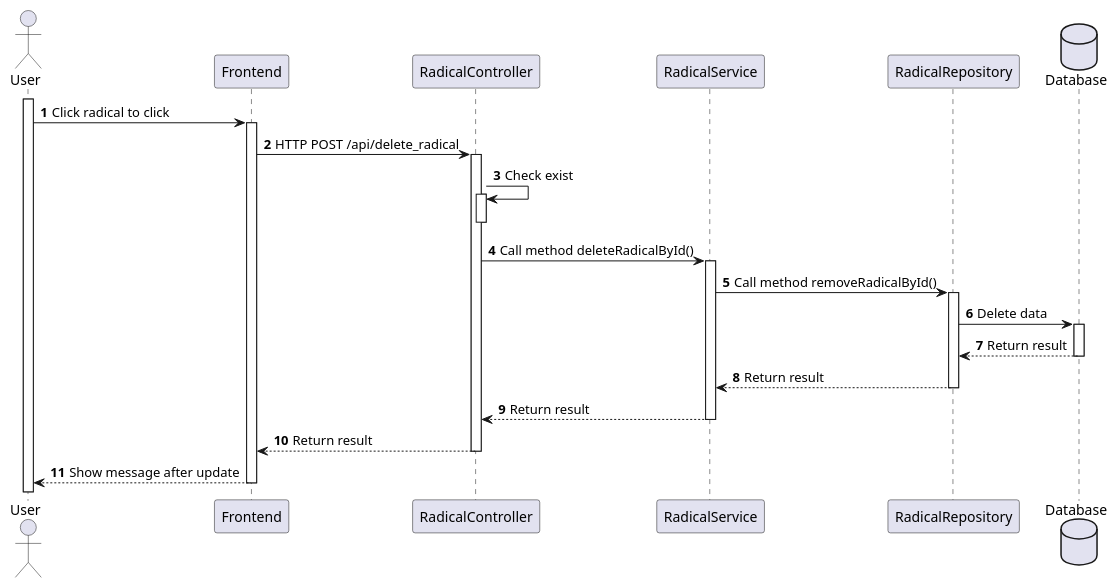
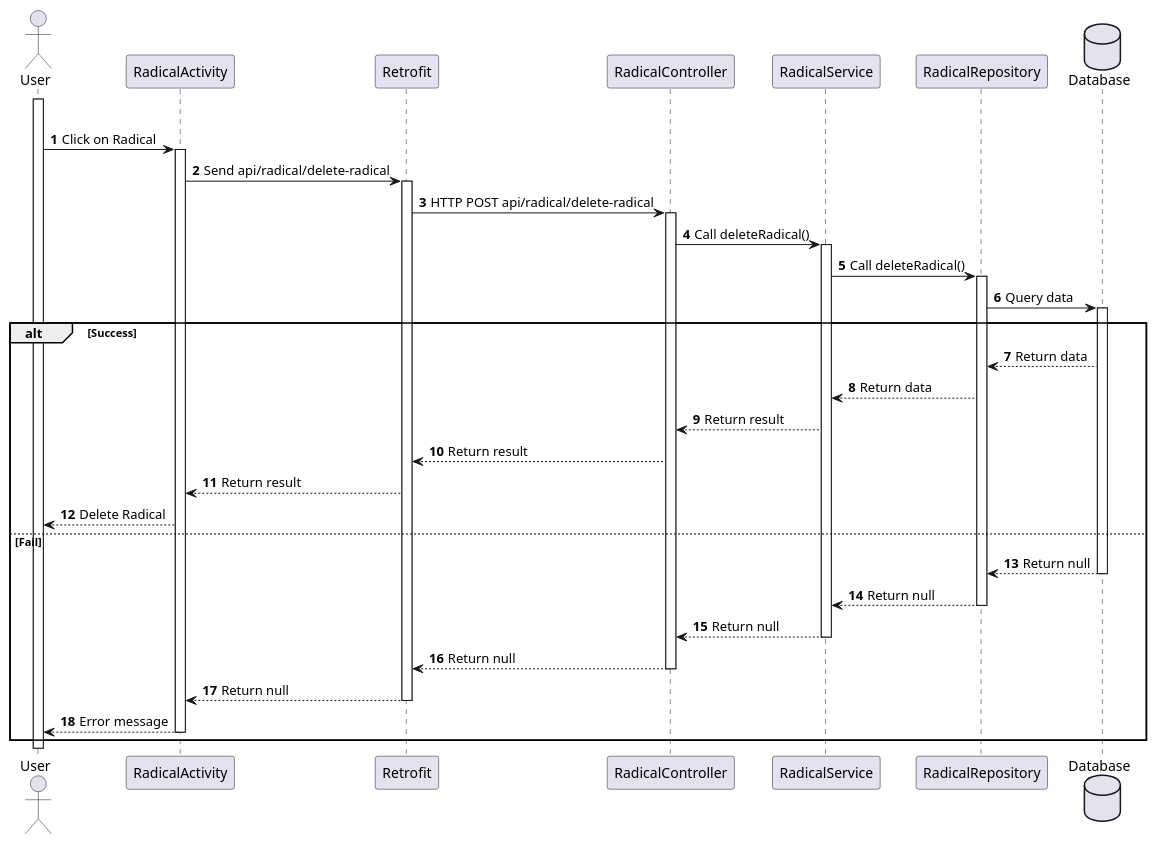
The diagram in japanese-app/plant_uml/Radical/[Sequence] Radical_Delete.puml (Annthe160639/japanese-app), drawn with PlantUML before and after one commit. The commit also changed 13 other files, not shown here.

```diff
--- a/japanese-app/plant_uml/Radical/[Sequence] Radical_Delete.puml
+++ b/japanese-app/plant_uml/Radical/[Sequence] Radical_Delete.puml
@@ -1,39 +1,41 @@
 @startuml
+'https://plantuml.com/sequence-diagram
+
+autonumber
+
 actor User
-'participant "Homepage Activity" as Homepage
-participant "Frontend" as Frontend
+
+participant "RadicalActivity" as Radical
+participant "Retrofit" as Retrofit
 participant "RadicalController" as Controller
 participant "RadicalService" as Service
-participant "RadicalRepository" as Repository
+participant "RadicalRepository" as Repo
 
 database Database
+activate User
+alt Success
+User -> Radical++: Click on Radical
+Radical -> Retrofit++: Send api/radical/delete-radical
+Retrofit -> Controller++: HTTP POST api/radical/delete-radical
+Controller -> Service++: Call deleteRadical()
+Service -> Repo++: Call deleteRadical()
+Repo -> Database++: Query data
+alt Success
+Database-->Repo: Return data
+Repo-->Service: Return data
 
-'
-'Use case: Xem danh sách bộ thủ
-'
+Service-->Controller: Return result
+Controller-->Retrofit: Return result
+Retrofit --> Radical: Return result
+Radical --> User: Delete Radical
 
-activate User
-
-autonumber
-User -> Frontend++: Click radical to click
-
-'
-'Call API get list radical category
-'
-'Homepage -> Radical++: startActivity(intent)
-Frontend -> Controller++: HTTP POST /api/delete_radical
-Controller -> Controller: Check exist
-activate Controller
-deactivate Controller
-Controller -> Service++: Call method deleteRadicalById()
-Service -> Repository++: Call method removeRadicalById()
-Repository -> Database++: Delete data
-Database --> Repository--: Return result
-Repository --> Service--: Return result
-Service --> Controller--: Return result
-Controller --> Frontend--: Return result
-
-Frontend --> User--: Show message after update
-
+else Fail
+Database-->Repo--:Return null
+Repo-->Service--:Return null
+Service-->Controller--: Return null
+Controller-->Retrofit--: Return null
+Retrofit --> Radical--: Return null
+Radical --> User--: Error message
+end
 
 @enduml
```
